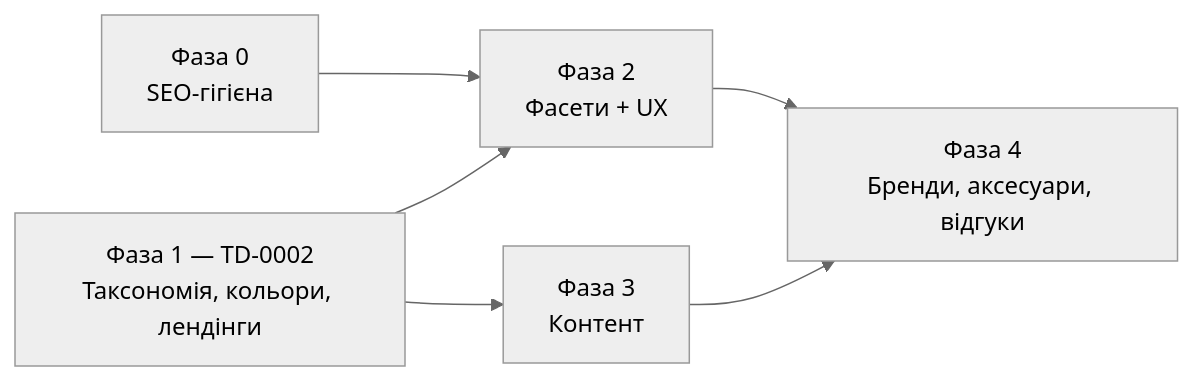
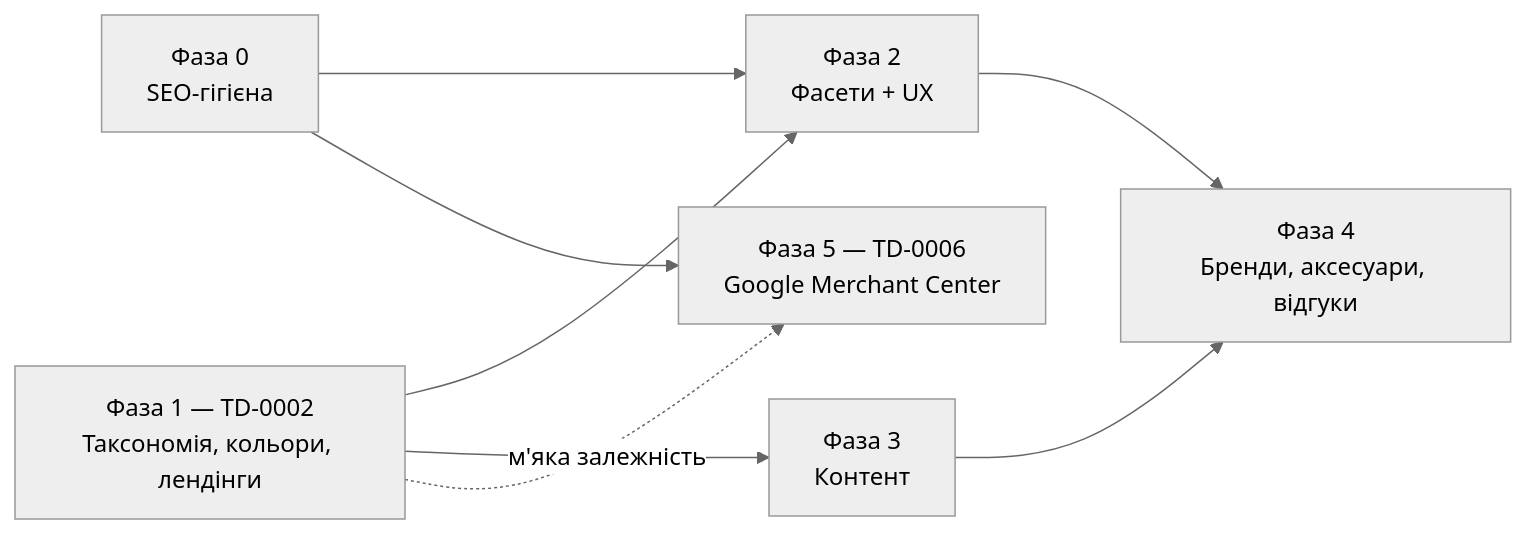
The diagram in docs/plans/plan-0002-catalog-seo-roadmap.md (vvbogdanovih/fillando-meta), drawn with Mermaid (neutral theme) before and after one commit. The commit also changed other lines of this file and 8 other files, not shown here.

````diff
--- a/docs/plans/plan-0002-catalog-seo-roadmap.md
+++ b/docs/plans/plan-0002-catalog-seo-roadmap.md
@@ -185,8 +219,10 @@
 ```mermaid
 graph LR
     F0[Фаза 0<br/>SEO-гігієна] --> F2[Фаза 2<br/>Фасети + UX]
     F1[Фаза 1 — TD-0002<br/>Таксономія, кольори, лендінги] --> F2
     F1 --> F3[Фаза 3<br/>Контент]
+    F1 -.->|"м'яка залежність"| F5[Фаза 5 — TD-0006<br/>Google Merchant Center]
+    F0 --> F5
     F2 --> F4[Фаза 4<br/>Бренди, аксесуари, відгуки]
     F3 --> F4
 ```
````
